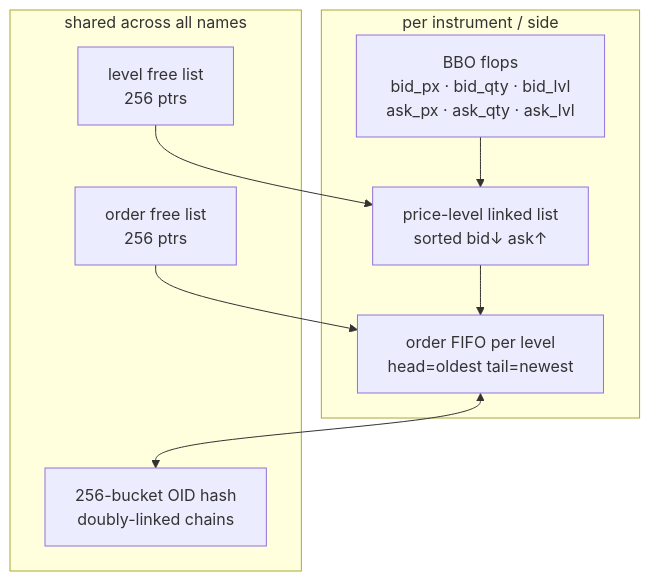
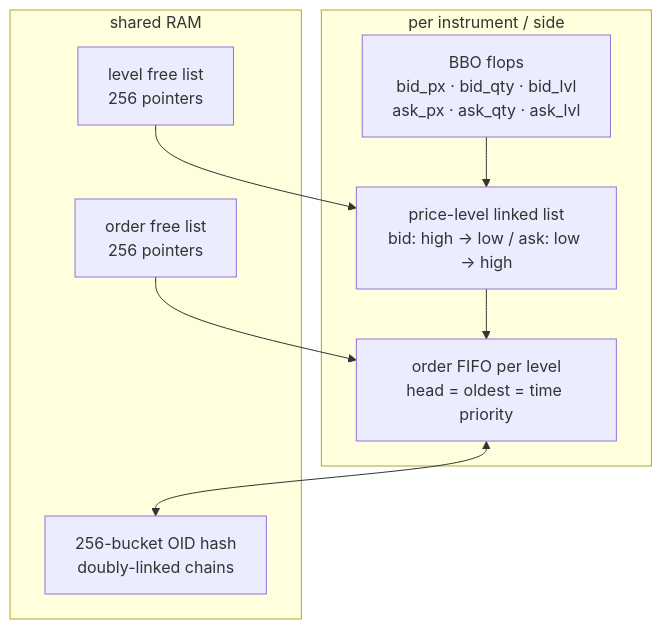
The second of 3 diagrams in README.md (Aneesh495/quasar), drawn with Mermaid before and after one commit. The commit also changed other lines of this file and 6 other files, not shown here.

````diff
--- a/README.md
+++ b/README.md
@@ -60,20 +59,20 @@
 ```mermaid
 flowchart TB
     subgraph per_inst [per instrument / side]
       BBO[BBO flops\nbid_px · bid_qty · bid_lvl\nask_px · ask_qty · ask_lvl]
-      LL[price-level linked list\nsorted bid↓ ask↑]
-      OQ[order FIFO per level\nhead=oldest tail=newest]
+      LL[price-level linked list\nbid: high → low / ask: low → high]
+      OQ[order FIFO per level\nhead = oldest = time priority]
     end
 
     BBO --> LL --> OQ
 
-    subgraph shared [shared across all names]
+    subgraph shared [shared RAM]
       HASH[256-bucket OID hash\ndoubly-linked chains]
-      OFL[order free list\n256 ptrs]
-      LFL[level free list\n256 ptrs]
+      OFL[order free list\n256 pointers]
+      LFL[level free list\n256 pointers]
     end
 
     OQ <--> HASH
     OFL --> OQ
     LFL --> LL
 ```
````
